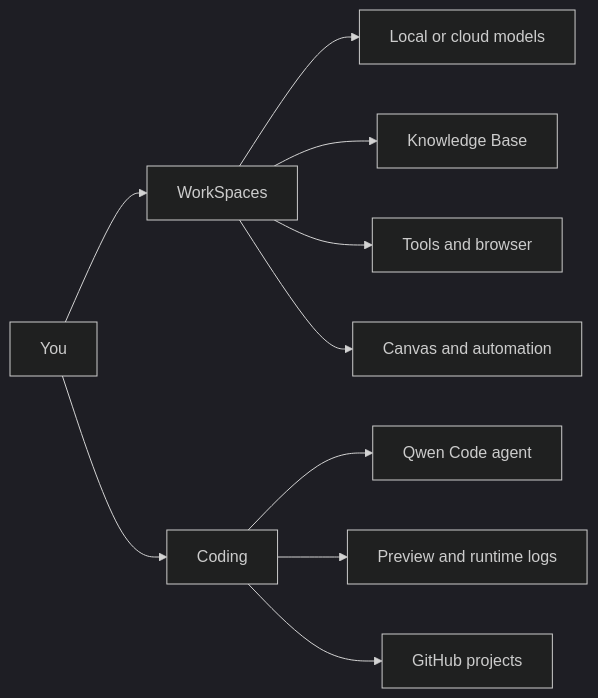
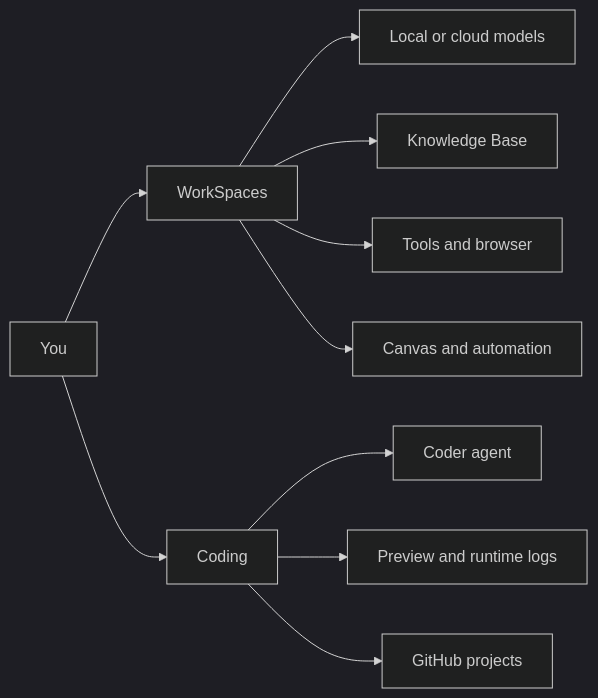
One commit to rajatalha150/PeakUI changed the first of 7 diagrams in README.md. Above: the diagram before and after it, drawn with Mermaid (dark theme). The commit also changed other lines of this file and 39 other files, not shown here.

First line of the commit message:
refactor(coder): rename Qwen branding to Coder throughout the coding surface

````diff
--- a/README.md
+++ b/README.md
@@ -21,12 +21,12 @@
 ```mermaid
 flowchart LR
   U[You] --> W[WorkSpaces]
   U --> C[Coding]
   W --> M[Local or cloud models]
   W --> K[Knowledge Base]
   W --> T[Tools and browser]
   W --> A[Canvas and automation]
-  C --> Q[Qwen Code agent]
+  C --> Q[Coder agent]
   C --> P[Preview and runtime logs]
   C --> G[GitHub projects]
 ```
````
